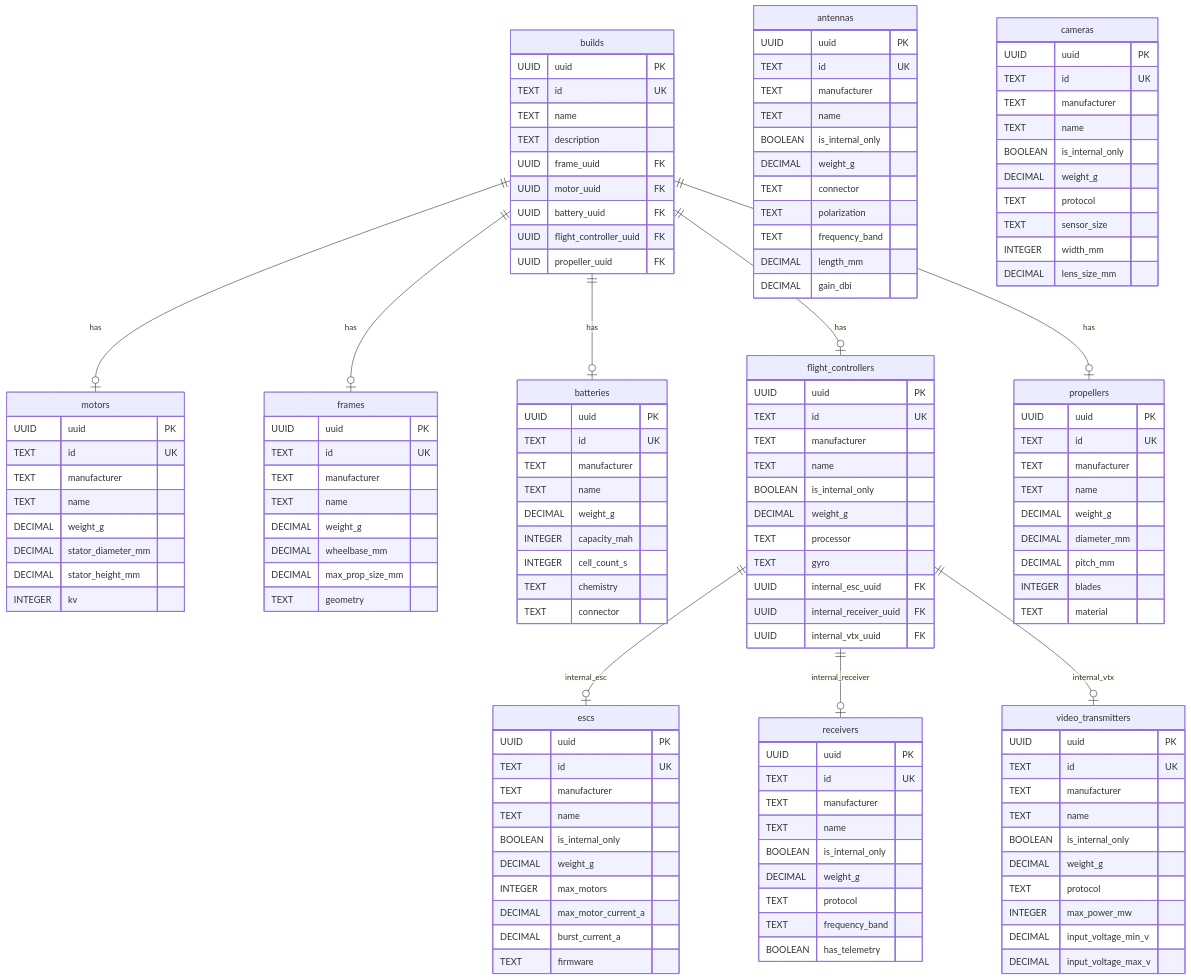
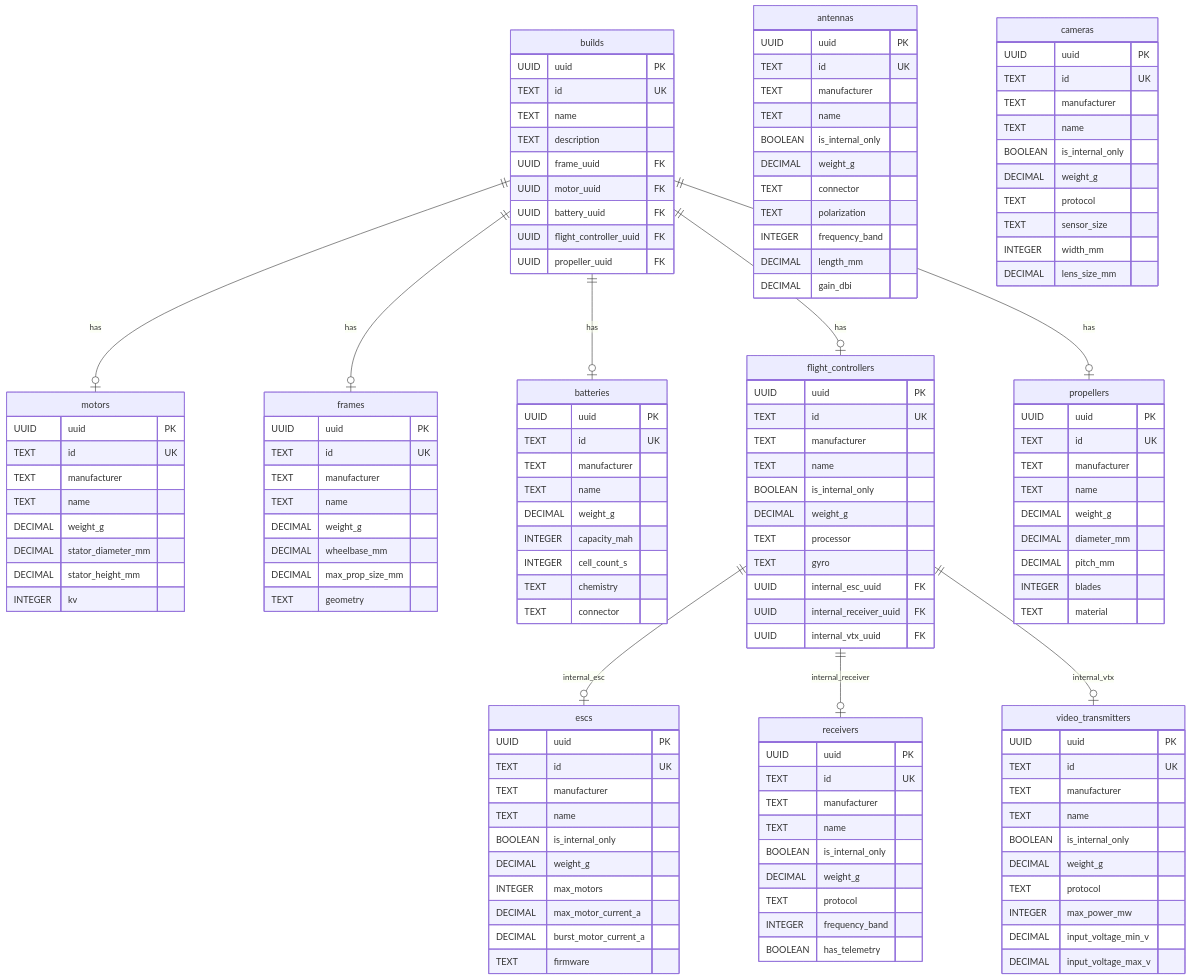
One commit to rohitramu/quadsmith changed the diagram in backend/db/diagram.mermaid. Above: the diagram before and after it, drawn with Mermaid. The commit also changed 13 other files, not shown here.

Commit message:
Convert frequency_band to proto enum and update burst_motor_current_a

```diff
--- a/backend/db/diagram.mermaid
+++ b/backend/db/diagram.mermaid
@@ -1,147 +1,147 @@
 erDiagram
     builds {
         UUID uuid PK
         TEXT id UK
         TEXT name
         TEXT description
         UUID frame_uuid FK
         UUID motor_uuid FK
         UUID battery_uuid FK
         UUID flight_controller_uuid FK
         UUID propeller_uuid FK
     }
 
     motors {
         UUID uuid PK
         TEXT id UK
         TEXT manufacturer
         TEXT name
         DECIMAL weight_g
         DECIMAL stator_diameter_mm
         DECIMAL stator_height_mm
         INTEGER kv
     }
 
     frames {
         UUID uuid PK
         TEXT id UK
         TEXT manufacturer
         TEXT name
         DECIMAL weight_g
         DECIMAL wheelbase_mm
         DECIMAL max_prop_size_mm
         TEXT geometry
     }
 
     batteries {
         UUID uuid PK
         TEXT id UK
         TEXT manufacturer
         TEXT name
         DECIMAL weight_g
         INTEGER capacity_mah
         INTEGER cell_count_s
         TEXT chemistry
         TEXT connector
     }
 
     flight_controllers {
         UUID uuid PK
         TEXT id UK
         TEXT manufacturer
         TEXT name
         BOOLEAN is_internal_only
         DECIMAL weight_g
         TEXT processor
         TEXT gyro
         UUID internal_esc_uuid FK
         UUID internal_receiver_uuid FK
         UUID internal_vtx_uuid FK
     }
 
     escs {
         UUID uuid PK
         TEXT id UK
         TEXT manufacturer
         TEXT name
         BOOLEAN is_internal_only
         DECIMAL weight_g
         INTEGER max_motors
         DECIMAL max_motor_current_a
-        DECIMAL burst_current_a
+        DECIMAL burst_motor_current_a
         TEXT firmware
     }
 
     receivers {
         UUID uuid PK
         TEXT id UK
         TEXT manufacturer
         TEXT name
         BOOLEAN is_internal_only
         DECIMAL weight_g
         TEXT protocol
-        TEXT frequency_band
+        INTEGER frequency_band
         BOOLEAN has_telemetry
     }
 
     video_transmitters {
         UUID uuid PK
         TEXT id UK
         TEXT manufacturer
         TEXT name
         BOOLEAN is_internal_only
         DECIMAL weight_g
         TEXT protocol
         INTEGER max_power_mw
         DECIMAL input_voltage_min_v
         DECIMAL input_voltage_max_v
     }
 
     antennas {
         UUID uuid PK
         TEXT id UK
         TEXT manufacturer
         TEXT name
         BOOLEAN is_internal_only
         DECIMAL weight_g
         TEXT connector
         TEXT polarization
-        TEXT frequency_band
+        INTEGER frequency_band
         DECIMAL length_mm
         DECIMAL gain_dbi
     }
 
     propellers {
         UUID uuid PK
         TEXT id UK
         TEXT manufacturer
         TEXT name
         DECIMAL weight_g
         DECIMAL diameter_mm
         DECIMAL pitch_mm
         INTEGER blades
         TEXT material
     }
 
     cameras {
         UUID uuid PK
         TEXT id UK
         TEXT manufacturer
         TEXT name
         BOOLEAN is_internal_only
         DECIMAL weight_g
         TEXT protocol
         TEXT sensor_size
         INTEGER width_mm
         DECIMAL lens_size_mm
     }
 
     builds ||--o| frames : has
     builds ||--o| motors : has
     builds ||--o| batteries : has
     builds ||--o| flight_controllers : has
     builds ||--o| propellers : has
 
     flight_controllers ||--o| escs : internal_esc
     flight_controllers ||--o| receivers : internal_receiver
     flight_controllers ||--o| video_transmitters : internal_vtx
```
